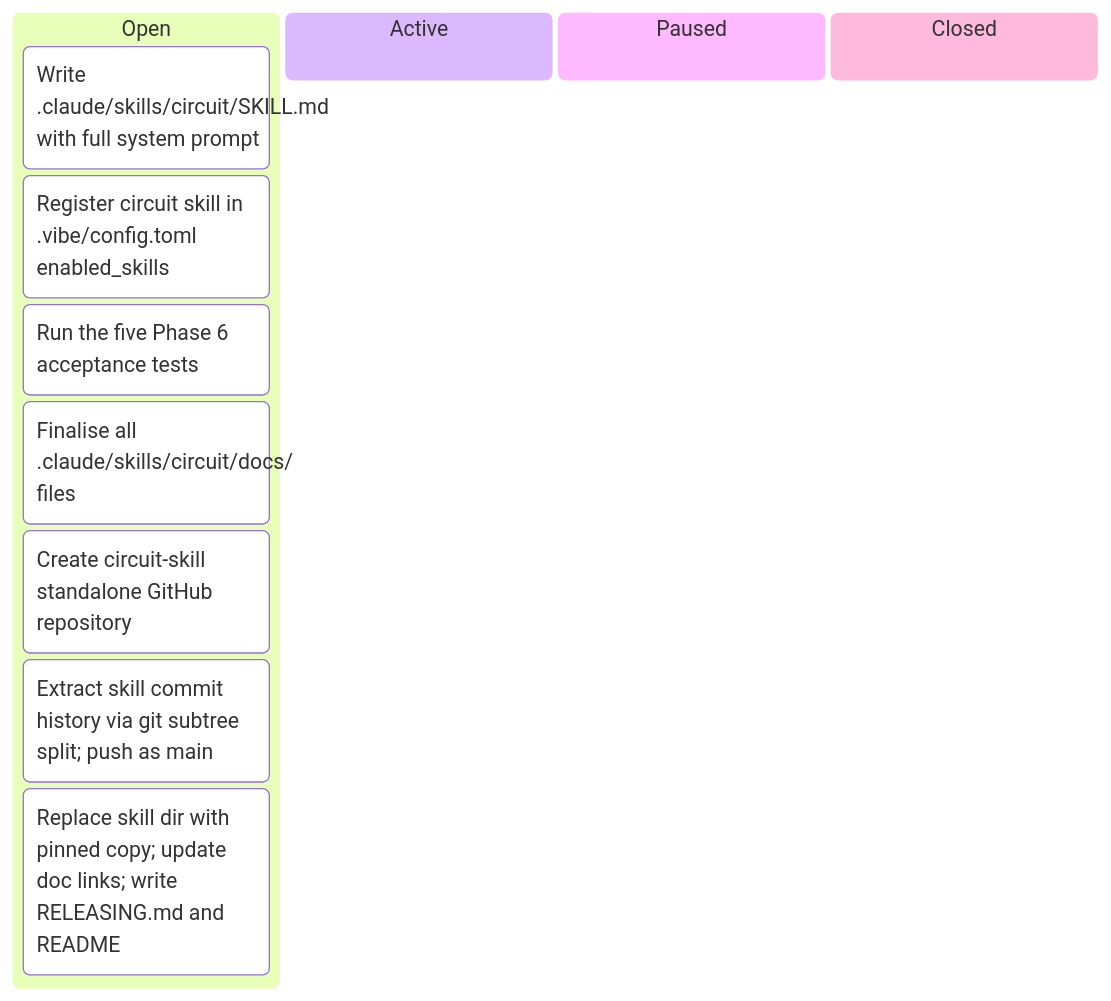
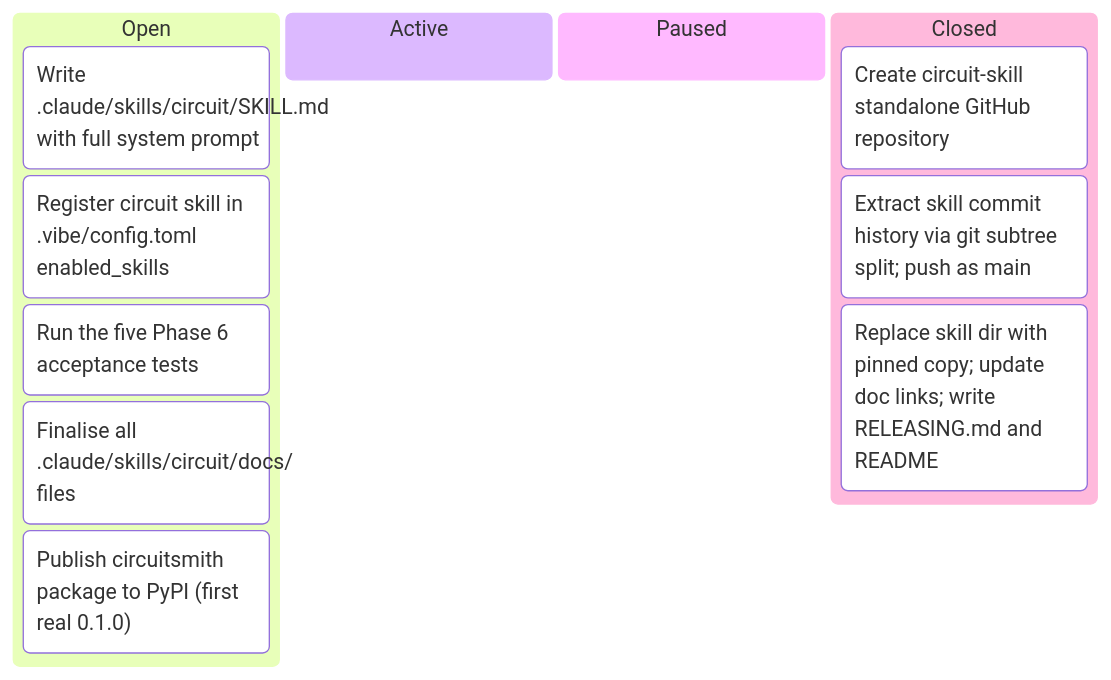
Before and after one commit to tgd1975/CircuitSmith: the fifth of 6 diagrams in docs/developers/tasks/KANBAN.md, drawn with Mermaid. The commit also changed other lines of this file and 72 other files, not shown here.

First line of the commit message:
close EPIC-010: consolidate skill-resident Python into circuitsmith package

````diff
--- a/docs/developers/tasks/KANBAN.md
+++ b/docs/developers/tasks/KANBAN.md
@@ -85,14 +85,15 @@
 ```mermaid
 kanban
   Open
     TASK_039["Write .claude/skills/circuit/SKILL.md with full system prompt"]
     TASK_040["Register circuit skill in .vibe/config.toml enabled_skills"]
     TASK_041["Run the five Phase 6 acceptance tests"]
     TASK_042["Finalise all .claude/skills/circuit/docs/ files"]
+    TASK_080["Publish circuitsmith package to PyPI (first real 0.1.0)"]
+  Active
+  Paused
+  Closed
     TASK_043["Create circuit-skill standalone GitHub repository"]
     TASK_044["Extract skill commit history via git subtree split; push as main"]
     TASK_045["Replace skill dir with pinned copy; update doc links; write RELEASING.md and README"]
-  Active
-  Paused
-  Closed
 ```
````
